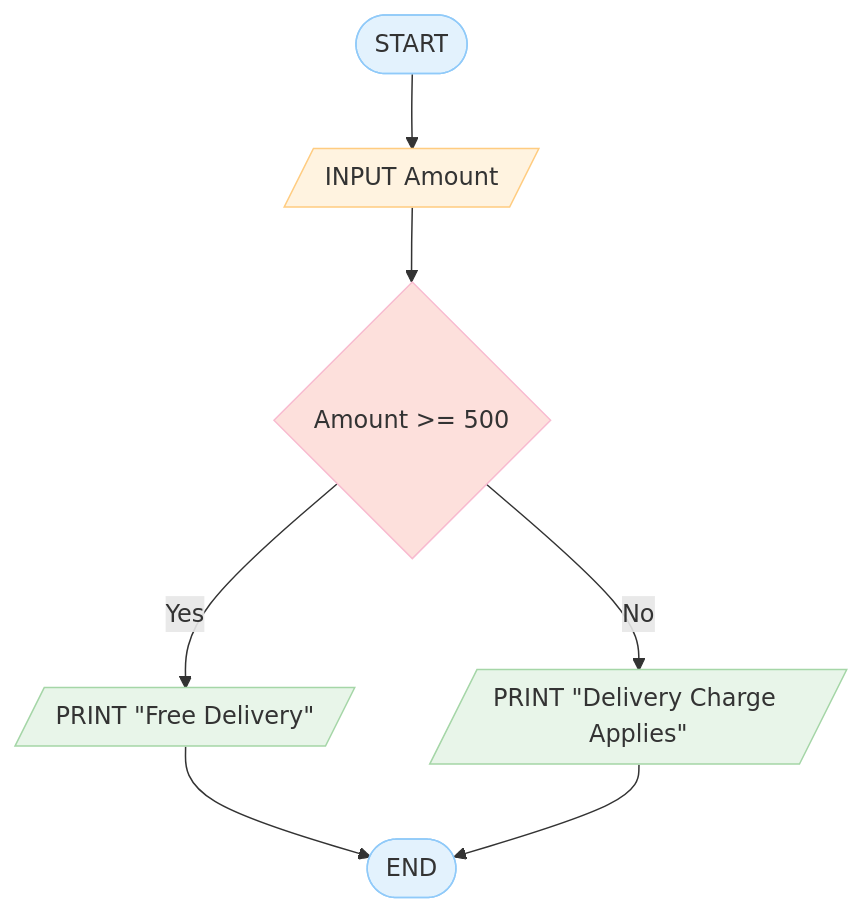
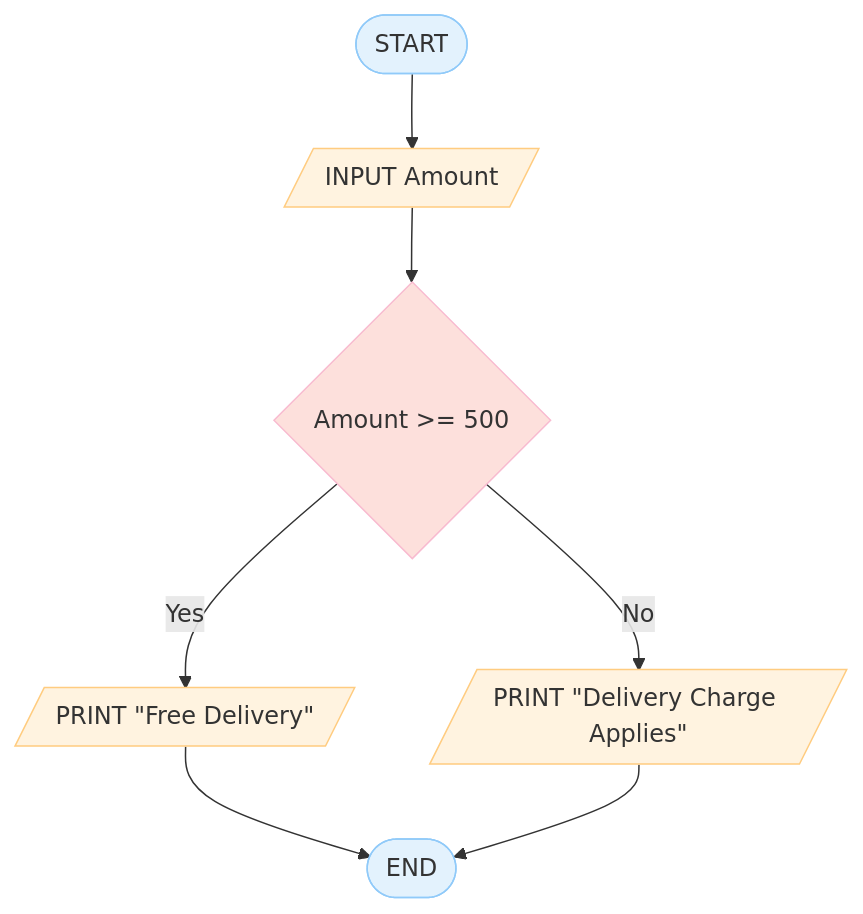
Before and after one commit to IsaVII/2_Alogritm-Flowchart: diagram 11 of 12 in Algorithm-Flowchart-Workshop.md, drawn with Mermaid. The commit also changed other lines of this file, not shown here.

````diff
--- a/Algorithm-Flowchart-Workshop.md
+++ b/Algorithm-Flowchart-Workshop.md
@@ -463,18 +463,18 @@
 ```mermaid
 flowchart TD
     A([START]):::term-->
     B[/INPUT Amount/]:::io
     B --> C{Amount >= 500}:::dec
-    C -->|Yes| D[/PRINT "Free Delivery"/]:::proc
+    C -->|Yes| D[/PRINT "Free Delivery"/]:::io
     D --> E([END]):::term
 
-    C -->|No| F[/PRINT "Delivery Charge Applies"/]:::proc
+    C -->|No| F[/PRINT "Delivery Charge Applies"/]:::io
     F --> E
     
   
  
   classDef term fill:#e3f2fd,stroke:#90caf9,color:#333,stroke-width:1px;
   classDef io fill:#fff3e0,stroke:#ffcc80,color:#333,stroke-width:1px;
   classDef proc fill:#e8f5e9,stroke:#a5d6a7,color:#333,stroke-width:1px;
   classDef dec fill:#fde0dc,stroke:#f8bbd0,color:#333,stroke-width:1px;
 ```
````
